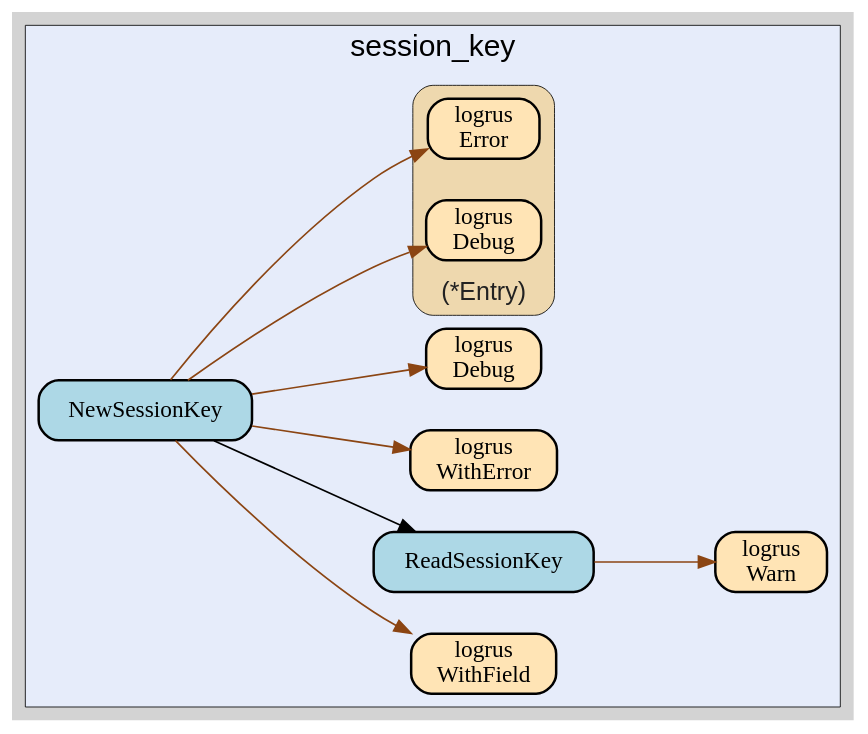
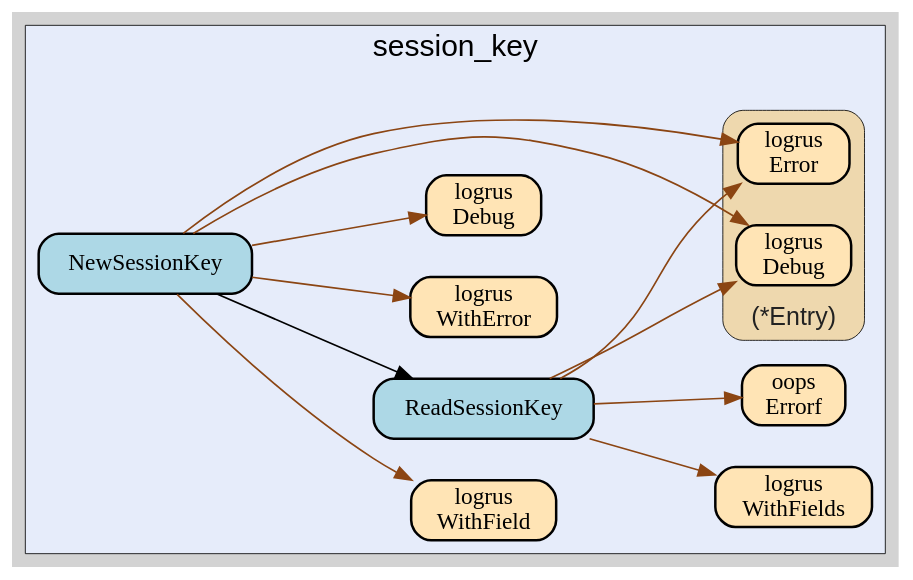
The diagram in session_key/session_key.gv (go-i2p/common), drawn with Graphviz before and after one commit. The commit also changed 62 other files, not shown here.

```diff
--- a/session_key/session_key.gv
+++ b/session_key/session_key.gv
@@ -1,54 +1,58 @@
 digraph gocallvis {
     label="";
     labeljust="l";
     fontname="Arial";
     fontsize="14";
     rankdir="LR";
     bgcolor="lightgray";
     style="solid";
     penwidth="0.5";
     pad="0.0";
     nodesep="0.35";
 
     node [shape="box" style="filled,rounded" fillcolor="honeydew" fontname="Verdana" penwidth="1.0" margin="0.16,0.0"];
     edge [minlen="2"]
 
     subgraph "cluster_focus" {
-        labeljust="c";
-fontsize="18";
+        fontsize="18";
 bgcolor="#e6ecfa";
 label="session_key";
 labelloc="t";
+labeljust="c";
         
-        "github.com/go-i2p/common/session_key.NewSessionKey" [ fillcolor="lightblue" label="NewSessionKey" penwidth="1.5" tooltip="github.com/go-i2p/common/session_key.NewSessionKey | defined in session_key.go:33\nat session_key.go:34: calling [github.com/sirupsen/logrus.WithField]\nat session_key.go:34: calling [(*github.com/sirupsen/logrus.Entry).Debug]\nat session_key.go:35: calling [github.com/go-i2p/common/session_key.ReadSessionKey]\nat session_key.go:37: calling [github.com/sirupsen/logrus.WithError]\nat session_key.go:37: calling [(*github.com/sirupsen/logrus.Entry).Error]\nat session_key.go:41: calling [github.com/sirupsen/logrus.Debug]" ]
-        "github.com/sirupsen/logrus.WithField" [ fillcolor="moccasin" label="logrus\nWithField" penwidth="1.5" tooltip="github.com/sirupsen/logrus.WithField | defined in exported.go:69" ]
-        "github.com/go-i2p/common/session_key.ReadSessionKey" [ fillcolor="lightblue" label="ReadSessionKey" penwidth="1.5" tooltip="github.com/go-i2p/common/session_key.ReadSessionKey | defined in session_key.go:25\nat session_key.go:27: calling [github.com/sirupsen/logrus.Warn]" ]
-        "github.com/sirupsen/logrus.Warn" [ tooltip="github.com/sirupsen/logrus.Warn | defined in exported.go:113" fillcolor="moccasin" label="logrus\nWarn" penwidth="1.5" ]
-        "github.com/sirupsen/logrus.WithError" [ penwidth="1.5" tooltip="github.com/sirupsen/logrus.WithError | defined in exported.go:55" fillcolor="moccasin" label="logrus\nWithError" ]
+        "github.com/go-i2p/common/session_key.NewSessionKey" [ fillcolor="lightblue" label="NewSessionKey" penwidth="1.5" tooltip="github.com/go-i2p/common/session_key.NewSessionKey | defined in session_key_struct.go:29\nat session_key_struct.go:30: calling [github.com/sirupsen/logrus.WithField]\nat session_key_struct.go:31: calling [github.com/go-i2p/common/session_key.ReadSessionKey]\nat session_key_struct.go:33: calling [github.com/sirupsen/logrus.WithError]\nat session_key_struct.go:30: calling [(*github.com/sirupsen/logrus.Entry).Debug]\nat session_key_struct.go:33: calling [(*github.com/sirupsen/logrus.Entry).Error]\nat session_key_struct.go:37: calling [github.com/sirupsen/logrus.Debug]" ]
+        "github.com/sirupsen/logrus.WithField" [ penwidth="1.5" tooltip="github.com/sirupsen/logrus.WithField | defined in exported.go:69" fillcolor="moccasin" label="logrus\nWithField" ]
+        "github.com/go-i2p/common/session_key.ReadSessionKey" [ fillcolor="lightblue" label="ReadSessionKey" penwidth="1.5" tooltip="github.com/go-i2p/common/session_key.ReadSessionKey | defined in session_key_struct.go:44\nat session_key_struct.go:46: calling [github.com/sirupsen/logrus.WithFields]\nat session_key_struct.go:58: calling [github.com/sirupsen/logrus.WithFields]\nat session_key_struct.go:50: calling [(*github.com/sirupsen/logrus.Entry).Error]\nat session_key_struct.go:51: calling [github.com/samber/oops.Errorf]\nat session_key_struct.go:60: calling [(*github.com/sirupsen/logrus.Entry).Debug]" ]
+        "github.com/sirupsen/logrus.WithFields" [ tooltip="github.com/sirupsen/logrus.WithFields | defined in exported.go:79" fillcolor="moccasin" label="logrus\nWithFields" penwidth="1.5" ]
+        "github.com/samber/oops.Errorf" [ label="oops\nErrorf" penwidth="1.5" tooltip="github.com/samber/oops.Errorf | defined in oops.go:34" fillcolor="moccasin" ]
+        "github.com/sirupsen/logrus.WithError" [ fillcolor="moccasin" label="logrus\nWithError" penwidth="1.5" tooltip="github.com/sirupsen/logrus.WithError | defined in exported.go:55" ]
         "github.com/sirupsen/logrus.Debug" [ fillcolor="moccasin" label="logrus\nDebug" penwidth="1.5" tooltip="github.com/sirupsen/logrus.Debug | defined in exported.go:98" ]
         
         subgraph "cluster_*github.com/sirupsen/logrus.Entry" {
-        label="(*Entry)";
-tooltip="type: *github.com/sirupsen/logrus.Entry";
+        tooltip="type: *github.com/sirupsen/logrus.Entry";
 penwidth="0.5";
 fontsize="15";
 fontcolor="#222222";
 labelloc="b";
 style="rounded,filled";
 fillcolor="wheat2";
+label="(*Entry)";
         
         "(*github.com/sirupsen/logrus.Entry).Debug" [ fillcolor="moccasin" label="logrus\nDebug" penwidth="1.5" tooltip="(*github.com/sirupsen/logrus.Entry).Debug | defined in entry.go:312" ]
         "(*github.com/sirupsen/logrus.Entry).Error" [ fillcolor="moccasin" label="logrus\nError" penwidth="1.5" tooltip="(*github.com/sirupsen/logrus.Entry).Error | defined in entry.go:332" ]
         
     }
 
     }
 
-    "github.com/go-i2p/common/session_key.NewSessionKey" -> "github.com/sirupsen/logrus.WithField" [ color="saddlebrown" tooltip="at session_key.go:34: calling [github.com/sirupsen/logrus.WithField]" ]
-    "github.com/go-i2p/common/session_key.NewSessionKey" -> "(*github.com/sirupsen/logrus.Entry).Debug" [ color="saddlebrown" tooltip="at session_key.go:34: calling [(*github.com/sirupsen/logrus.Entry).Debug]" ]
-    "github.com/go-i2p/common/session_key.ReadSessionKey" -> "github.com/sirupsen/logrus.Warn" [ color="saddlebrown" tooltip="at session_key.go:27: calling [github.com/sirupsen/logrus.Warn]" ]
-    "github.com/go-i2p/common/session_key.NewSessionKey" -> "github.com/go-i2p/common/session_key.ReadSessionKey" [ tooltip="at session_key.go:35: calling [github.com/go-i2p/common/session_key.ReadSessionKey]" ]
-    "github.com/go-i2p/common/session_key.NewSessionKey" -> "github.com/sirupsen/logrus.WithError" [ color="saddlebrown" tooltip="at session_key.go:37: calling [github.com/sirupsen/logrus.WithError]" ]
-    "github.com/go-i2p/common/session_key.NewSessionKey" -> "(*github.com/sirupsen/logrus.Entry).Error" [ color="saddlebrown" tooltip="at session_key.go:37: calling [(*github.com/sirupsen/logrus.Entry).Error]" ]
-    "github.com/go-i2p/common/session_key.NewSessionKey" -> "github.com/sirupsen/logrus.Debug" [ color="saddlebrown" tooltip="at session_key.go:41: calling [github.com/sirupsen/logrus.Debug]" ]
+    "github.com/go-i2p/common/session_key.NewSessionKey" -> "github.com/sirupsen/logrus.WithField" [ color="saddlebrown" tooltip="at session_key_struct.go:30: calling [github.com/sirupsen/logrus.WithField]" ]
+    "github.com/go-i2p/common/session_key.ReadSessionKey" -> "github.com/sirupsen/logrus.WithFields" [ color="saddlebrown" tooltip="at session_key_struct.go:46: calling [github.com/sirupsen/logrus.WithFields]\nat session_key_struct.go:58: calling [github.com/sirupsen/logrus.WithFields]" ]
+    "github.com/go-i2p/common/session_key.ReadSessionKey" -> "(*github.com/sirupsen/logrus.Entry).Error" [ tooltip="at session_key_struct.go:50: calling [(*github.com/sirupsen/logrus.Entry).Error]" color="saddlebrown" ]
+    "github.com/go-i2p/common/session_key.NewSessionKey" -> "github.com/go-i2p/common/session_key.ReadSessionKey" [ tooltip="at session_key_struct.go:31: calling [github.com/go-i2p/common/session_key.ReadSessionKey]" ]
+    "github.com/go-i2p/common/session_key.NewSessionKey" -> "github.com/sirupsen/logrus.WithError" [ color="saddlebrown" tooltip="at session_key_struct.go:33: calling [github.com/sirupsen/logrus.WithError]" ]
+    "github.com/go-i2p/common/session_key.NewSessionKey" -> "(*github.com/sirupsen/logrus.Entry).Debug" [ color="saddlebrown" tooltip="at session_key_struct.go:30: calling [(*github.com/sirupsen/logrus.Entry).Debug]" ]
+    "github.com/go-i2p/common/session_key.ReadSessionKey" -> "github.com/samber/oops.Errorf" [ color="saddlebrown" tooltip="at session_key_struct.go:51: calling [github.com/samber/oops.Errorf]" ]
+    "github.com/go-i2p/common/session_key.ReadSessionKey" -> "(*github.com/sirupsen/logrus.Entry).Debug" [ tooltip="at session_key_struct.go:60: calling [(*github.com/sirupsen/logrus.Entry).Debug]" color="saddlebrown" ]
+    "github.com/go-i2p/common/session_key.NewSessionKey" -> "(*github.com/sirupsen/logrus.Entry).Error" [ color="saddlebrown" tooltip="at session_key_struct.go:33: calling [(*github.com/sirupsen/logrus.Entry).Error]" ]
+    "github.com/go-i2p/common/session_key.NewSessionKey" -> "github.com/sirupsen/logrus.Debug" [ color="saddlebrown" tooltip="at session_key_struct.go:37: calling [github.com/sirupsen/logrus.Debug]" ]
 }
```
